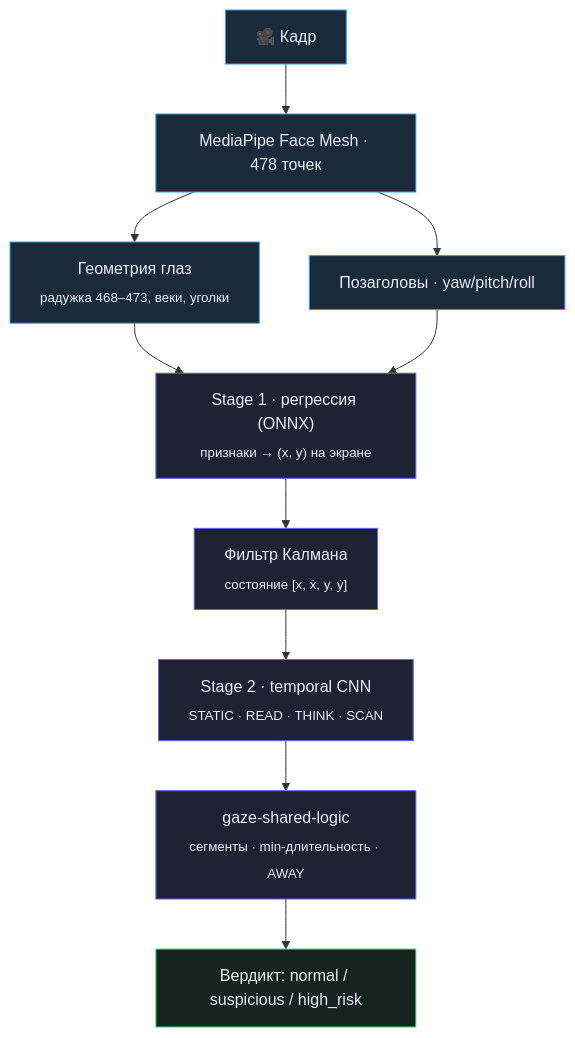
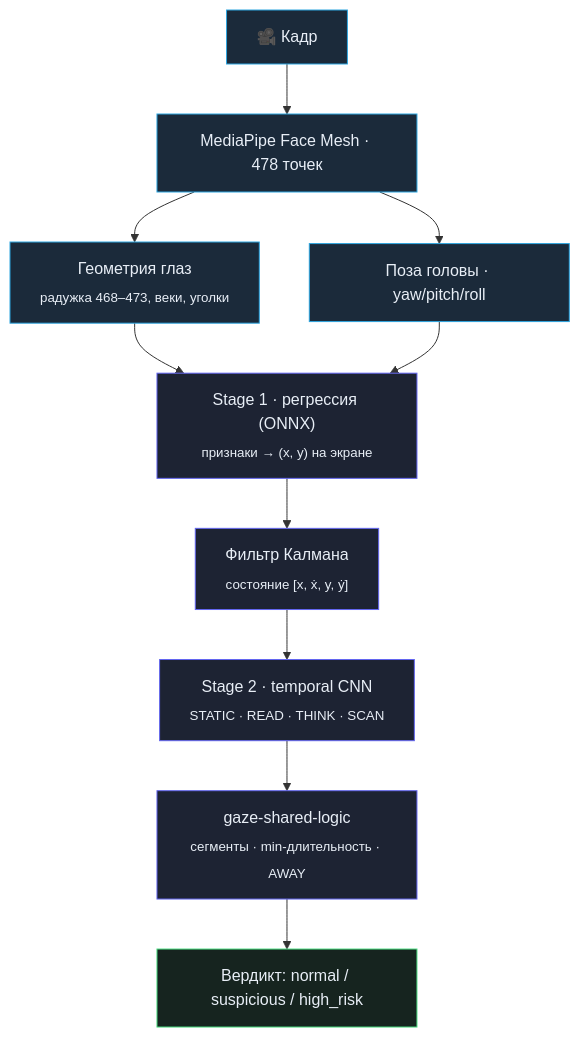
Before and after one commit to simeonkolchin/ai-interview: the diagram in docs/GAZE.md, drawn with Mermaid. The commit also changed 1 other file, not shown here.

Commit message:
Fix a typo in the gaze pipeline diagrams

````diff
--- a/docs/GAZE.md
+++ b/docs/GAZE.md
@@ -11,18 +11,18 @@
 ```mermaid
 flowchart TD
     F["🎥 Кадр"] --> M["MediaPipe Face Mesh · 478 точек"]
     M --> G["Геометрия глаз<br/><sub>радужка 468–473, веки, уголки</sub>"]
-    M --> H["Позаголовы · yaw/pitch/roll"]
+    M --> H["Поза головы · yaw/pitch/roll"]
     G & H --> S1["Stage 1 · регрессия (ONNX)<br/><sub>признаки → (x, y) на экране</sub>"]
     S1 --> K["Фильтр Калмана<br/><sub>состояние [x, ẋ, y, ẏ]</sub>"]
     K --> S2["Stage 2 · temporal CNN<br/><sub>STATIC · READ · THINK · SCAN</sub>"]
     S2 --> L["gaze-shared-logic<br/><sub>сегменты · min-длительность · AWAY</sub>"]
     L --> R["Вердикт: normal / suspicious / high_risk"]
 
     classDef cv fill:#1b2a3a,stroke:#2CA5E0,color:#e8eef6
     classDef ml fill:#1d2333,stroke:#6366f1,color:#e8eef6
     classDef out fill:#16241f,stroke:#4ade80,color:#e8eef6
     class F,M,G,H cv
     class S1,K,S2,L ml
     class R out
 ```
````
